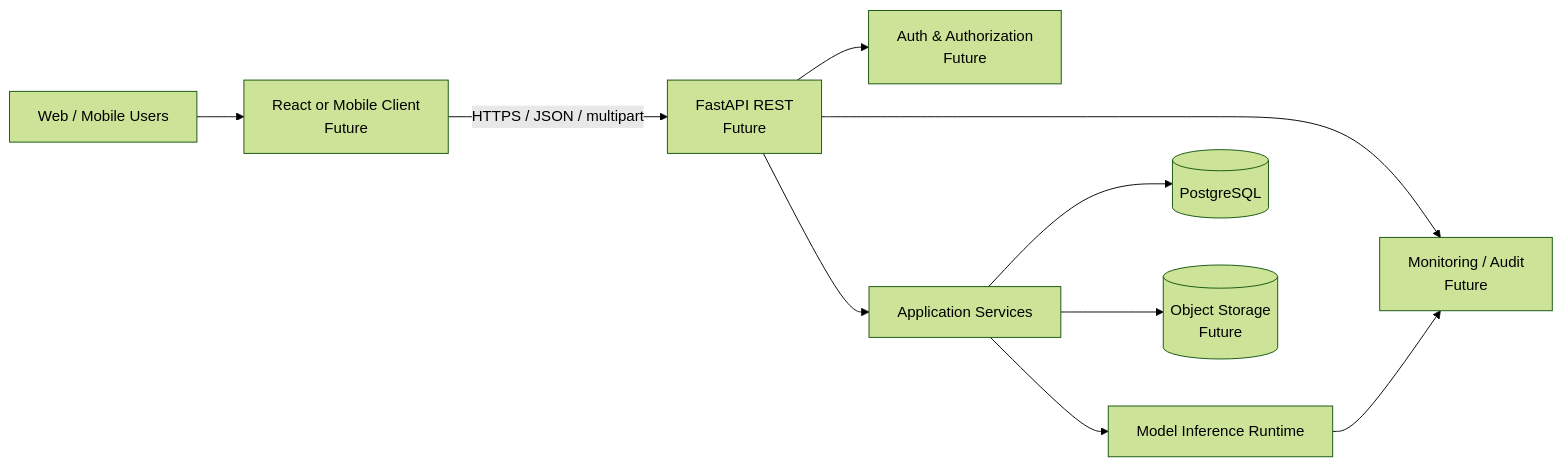
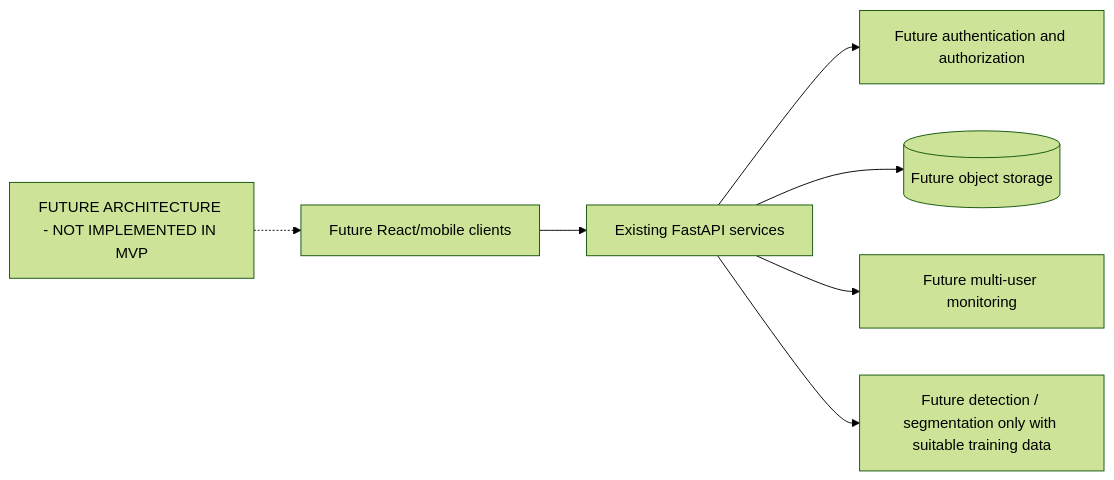
Before and after one commit to 23001853-wq/food-recognition-dietary-assistant: the diagram in diagrams/12-future-architecture.mmd, drawn with Mermaid (forest theme). The commit also changed 249 other files, not shown here.

```diff
--- a/diagrams/12-future-architecture.mmd
+++ b/diagrams/12-future-architecture.mmd
@@ -1,20 +1,9 @@
-%% Planned design copied from PLAN.md section 23; not implementation evidence.
+%% Architecture v2; see PLAN.md and implementation status.
 flowchart LR
-    USER["Web / Mobile Users"]
-    FE["React or Mobile Client<br/>Future"]
-    API["FastAPI REST<br/>Future"]
-    AUTH["Auth & Authorization<br/>Future"]
-    SV["Application Services"]
-    AI["Model Inference Runtime"]
-    DB[("PostgreSQL")]
-    OBJ[("Object Storage<br/>Future")]
-    OBS["Monitoring / Audit<br/>Future"]
-    USER --> FE
-    FE -->|"HTTPS / JSON / multipart"| API
-    API --> AUTH
-    API --> SV
-    SV --> AI
-    SV --> DB
-    SV --> OBJ
-    API --> OBS
-    AI --> OBS
+    NOTE["FUTURE ARCHITECTURE - NOT IMPLEMENTED IN MVP"]
+    UI["Future React/mobile clients"] --> API["Existing FastAPI services"]
+    API --> AUTH["Future authentication and authorization"]
+    API --> OBJ[("Future object storage")]
+    API --> OBS["Future multi-user monitoring"]
+    API --> ML["Future detection / segmentation only with suitable training data"]
+    NOTE -.-> UI
```
